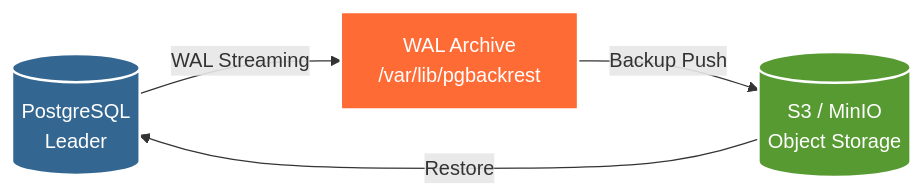
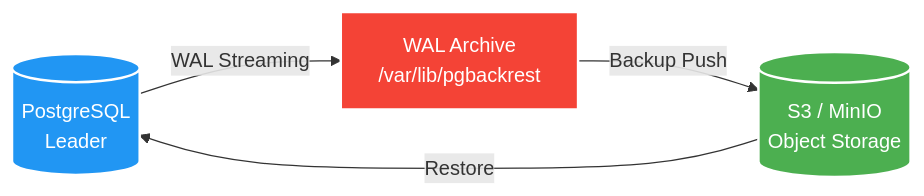
Before and after one commit to VBlackJack/ShellBook: the third of 3 diagrams in docs/databases/high-availability.md, drawn with Mermaid. The commit also changed other lines of this file and 337 other files, not shown here.

First line of the commit message:
refactor(docs): Standardize code blocks and Mermaid colors

````diff
--- a/docs/databases/high-availability.md
+++ b/docs/databases/high-availability.md
@@ -816,14 +816,14 @@
 ```mermaid
 graph LR
     PG[(PostgreSQL<br/>Leader)]
     WAL[WAL Archive<br/>/var/lib/pgbackrest]
     S3[(S3 / MinIO<br/>Object Storage)]
 
     PG -->|WAL Streaming| WAL
     WAL -->|Backup Push| S3
     S3 -->|Restore| PG
 
-    style PG fill:#336791,stroke:#fff,stroke-width:2px,color:#fff
-    style S3 fill:#569a31,stroke:#fff,stroke-width:2px,color:#fff
-    style WAL fill:#ff6b35,stroke:#fff,stroke-width:2px,color:#fff
+    style PG fill:#2196F3,stroke:#fff,stroke-width:2px,color:#fff
+    style S3 fill:#4CAF50,stroke:#fff,stroke-width:2px,color:#fff
+    style WAL fill:#f44336,stroke:#fff,stroke-width:2px,color:#fff
 ```
````
